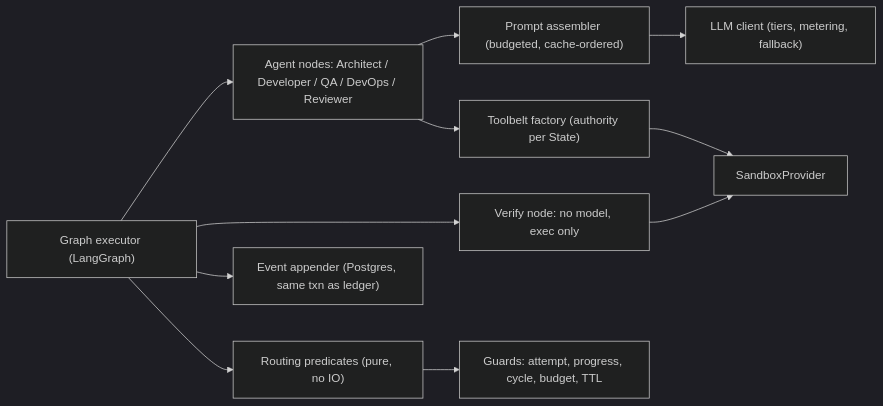
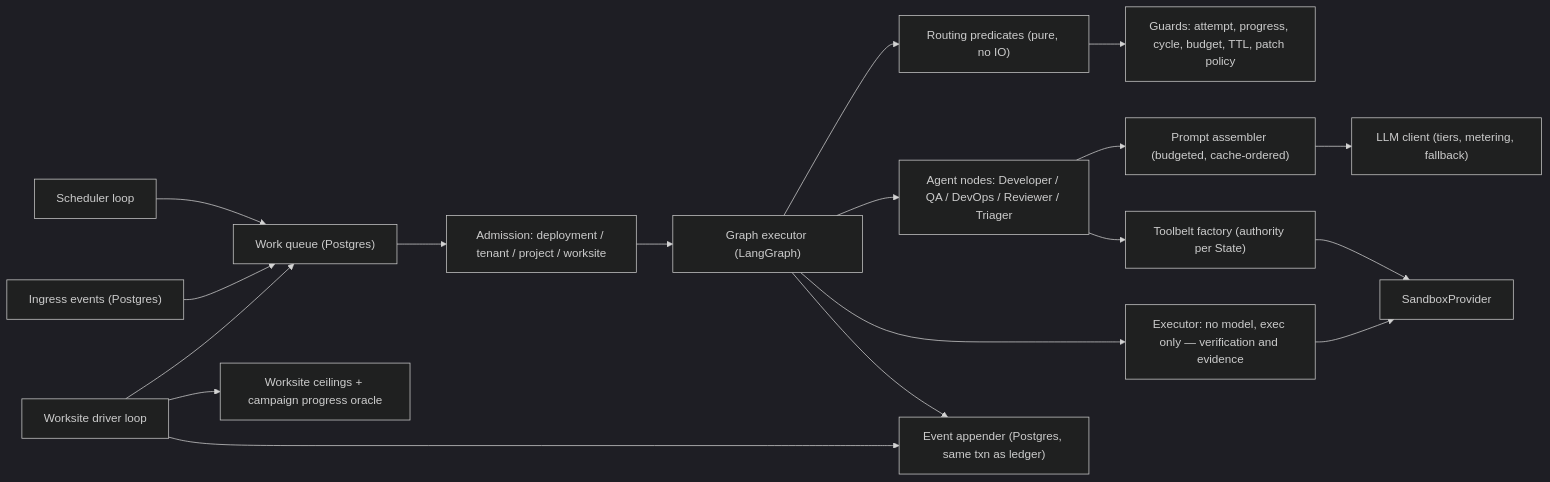
Before and after one commit to c-dinca/M.A.D.E.: the third of 3 diagrams in docs/02-architecture/01-system-overview.md, drawn with Mermaid (dark theme). The commit also changed other lines of this file and 1 other file, not shown here.

````diff
--- a/docs/02-architecture/01-system-overview.md
+++ b/docs/02-architecture/01-system-overview.md
@@ -144,13 +229,20 @@
 ```mermaid
 flowchart LR
-  GRAPH["Graph executor (LangGraph)"] --> ROUTE["Routing predicates (pure, no IO)"]
-  GRAPH --> NODES["Agent nodes: Architect / Developer / QA / DevOps / Reviewer"]
-  GRAPH --> VERIFY["Verify node: no model, exec only"]
+  SCHED["Scheduler loop"] --> QUEUE["Work queue (Postgres)"]
+  WSD["Worksite driver loop"] --> QUEUE
+  INGQ["Ingress events (Postgres)"] --> QUEUE
+  QUEUE --> ADMIT["Admission: deployment / tenant / project / worksite"]
+  ADMIT --> GRAPH["Graph executor (LangGraph)"]
+  GRAPH --> ROUTE["Routing predicates (pure, no IO)"]
+  GRAPH --> NODES["Agent nodes: Developer / QA / DevOps / Reviewer / Triager"]
+  GRAPH --> EXEC["Executor: no model, exec only — verification and evidence"]
   NODES --> PROMPT["Prompt assembler (budgeted, cache-ordered)"]
   PROMPT --> LLMC["LLM client (tiers, metering, fallback)"]
   NODES --> TOOLS["Toolbelt factory (authority per State)"]
   TOOLS --> SBP["SandboxProvider"]
-  VERIFY --> SBP
-  ROUTE --> GUARDS["Guards: attempt, progress, cycle, budget, TTL"]
+  EXEC --> SBP
+  ROUTE --> GUARDS["Guards: attempt, progress, cycle, budget, TTL, patch policy"]
+  WSD --> WGUARD["Worksite ceilings + campaign progress oracle"]
   GRAPH --> EVENTS["Event appender (Postgres, same txn as ledger)"]
+  WSD --> EVENTS
 ```
````
